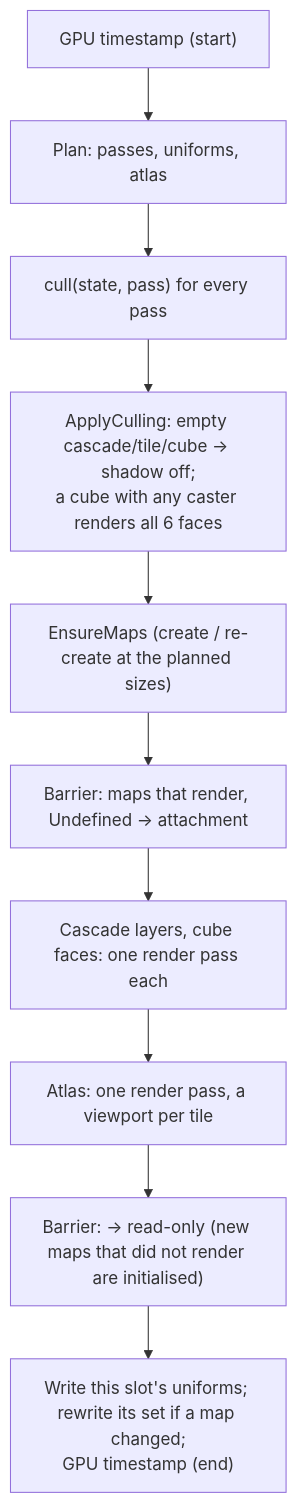
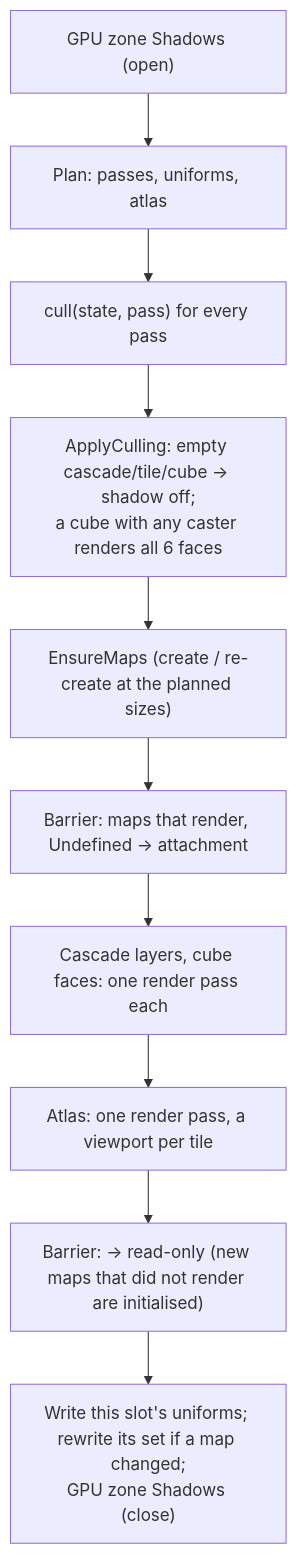
The second of 2 diagrams in docs/design/shadow-system.md (Mainframe-Games/mainframe-engine), drawn with Mermaid before and after one commit. The commit also changed other lines of this file and 475 other files, not shown here.

````diff
--- a/docs/design/shadow-system.md
+++ b/docs/design/shadow-system.md
@@ -262,12 +263,12 @@
 ```mermaid
 flowchart TD
-    A["GPU timestamp (start)"] --> B["Plan: passes, uniforms, atlas"]
+    A["GPU zone Shadows (open)"] --> B["Plan: passes, uniforms, atlas"]
     B --> C["cull(state, pass) for every pass"]
     C --> D["ApplyCulling: empty cascade/tile/cube → shadow off;<br/>a cube with any caster renders all 6 faces"]
     D --> E["EnsureMaps (create / re-create at the planned sizes)"]
     E --> F["Barrier: maps that render, Undefined → attachment"]
     F --> G["Cascade layers, cube faces: one render pass each"]
     G --> H["Atlas: one render pass, a viewport per tile"]
     H --> I["Barrier: → read-only (new maps that did not render are initialised)"]
-    I --> J["Write this slot's uniforms; rewrite its set if a map changed;<br/>GPU timestamp (end)"]
+    I --> J["Write this slot's uniforms; rewrite its set if a map changed;<br/>GPU zone Shadows (close)"]
 ```
````
